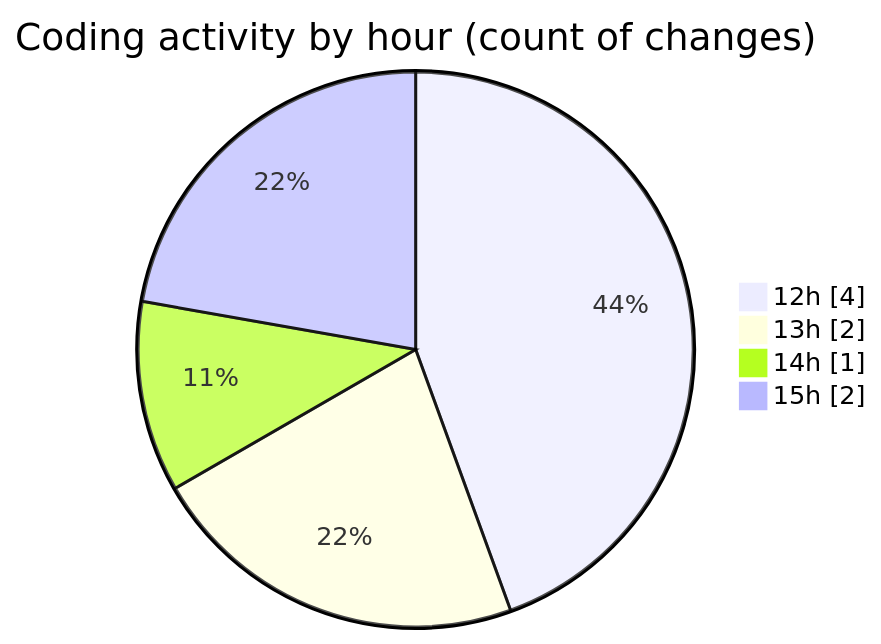
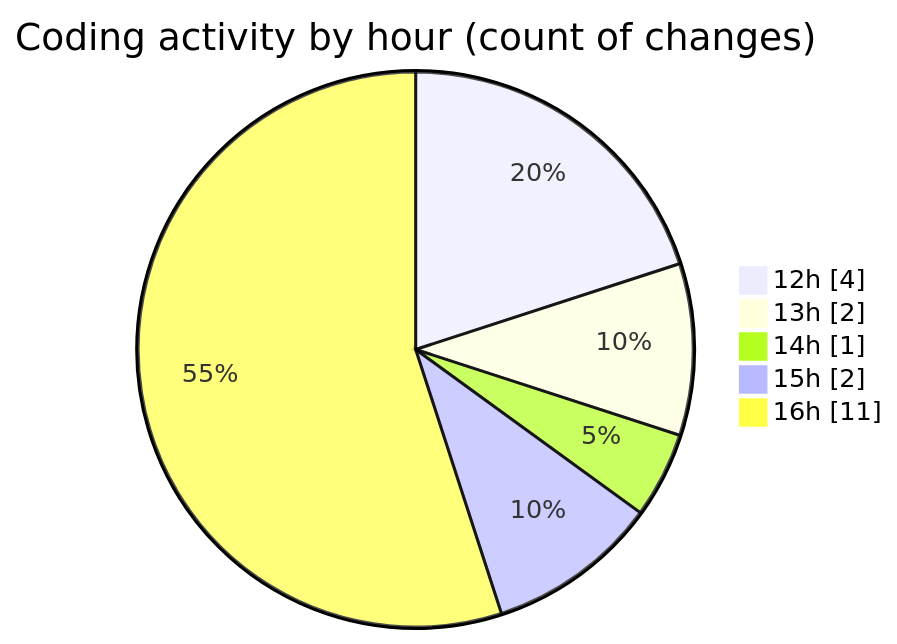
Before and after one commit to nxtqubesakshisongat/code-tracking: the second of 2 diagrams in 2026-06-12/nxtqube_webapp/README.md, drawn with Mermaid. The commit also changed other lines of this file and 1 other file, not shown here.

````diff
--- a/2026-06-12/nxtqube_webapp/README.md
+++ b/2026-06-12/nxtqube_webapp/README.md
@@ -29,8 +29,9 @@
 ```mermaid
 pie showData
 title Coding activity by hour (count of changes)
 "12h" : 4
 "13h" : 2
 "14h" : 1
 "15h" : 2
+"16h" : 11
 ```
````
